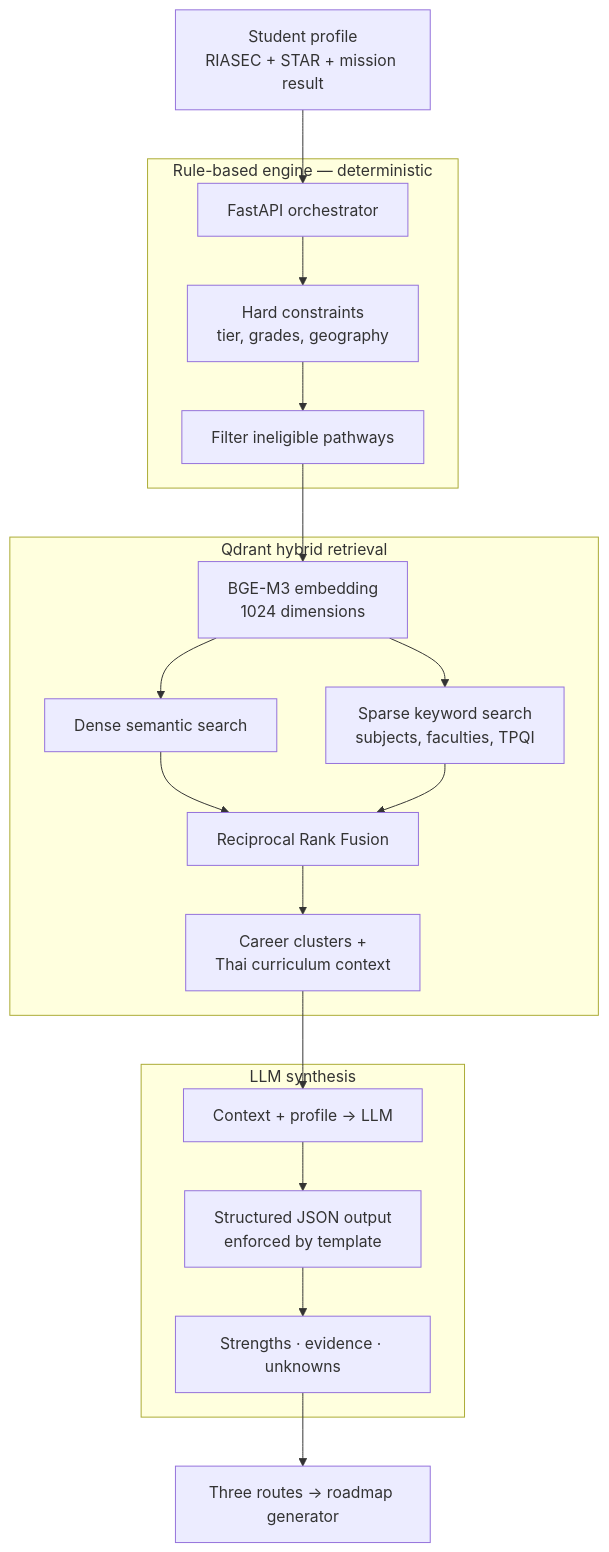
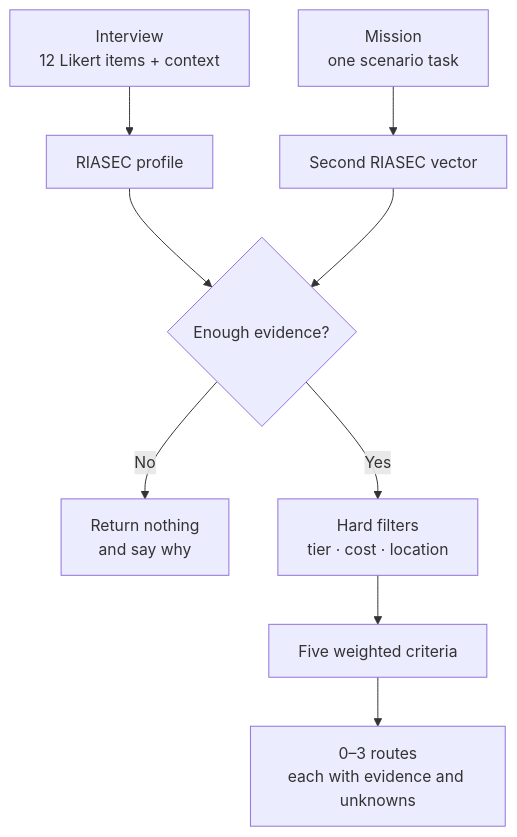
The first of 2 diagrams in docs/04-ai-system.md (winxtxrgit/futureme-ai), drawn with Mermaid before and after one commit. The commit also changed other lines of this file and 9 other files, not shown here.

````diff
--- a/docs/04-ai-system.md
+++ b/docs/04-ai-system.md
@@ -40,26 +41,11 @@
 ```mermaid
 flowchart TD
-    A["Student profile<br/>RIASEC + STAR + mission result"] --> B["FastAPI orchestrator"]
-
-    subgraph RULES ["Rule-based engine — deterministic"]
-        B --> C["Hard constraints<br/>tier, grades, geography"]
-        C --> D["Filter ineligible pathways"]
-    end
-
-    subgraph RAG ["Qdrant hybrid retrieval"]
-        D --> E["BGE-M3 embedding<br/>1024 dimensions"]
-        E --> F["Dense semantic search"]
-        E --> G["Sparse keyword search<br/>subjects, faculties, TPQI"]
-        F --> H["Reciprocal Rank Fusion"]
-        G --> H
-        H --> I["Career clusters +<br/>Thai curriculum context"]
-    end
-
-    subgraph LLM ["LLM synthesis"]
-        I --> J["Context + profile → LLM"]
-        J --> K["Structured JSON output<br/>enforced by template"]
-        K --> L["Strengths · evidence · unknowns"]
-    end
-
-    L --> M["Three routes → roadmap generator"]
+    A["Interview<br/>12 Likert items + context"] --> B["RIASEC profile"]
+    C["Mission<br/>one scenario task"] --> D["Second RIASEC vector"]
+    B --> E{"Enough evidence?"}
+    D --> E
+    E -->|No| F["Return nothing<br/>and say why"]
+    E -->|Yes| G["Hard filters<br/>tier · cost · location"]
+    G --> H["Five weighted criteria"]
+    H --> I["0–3 routes<br/>each with evidence and unknowns"]
 ```
````
